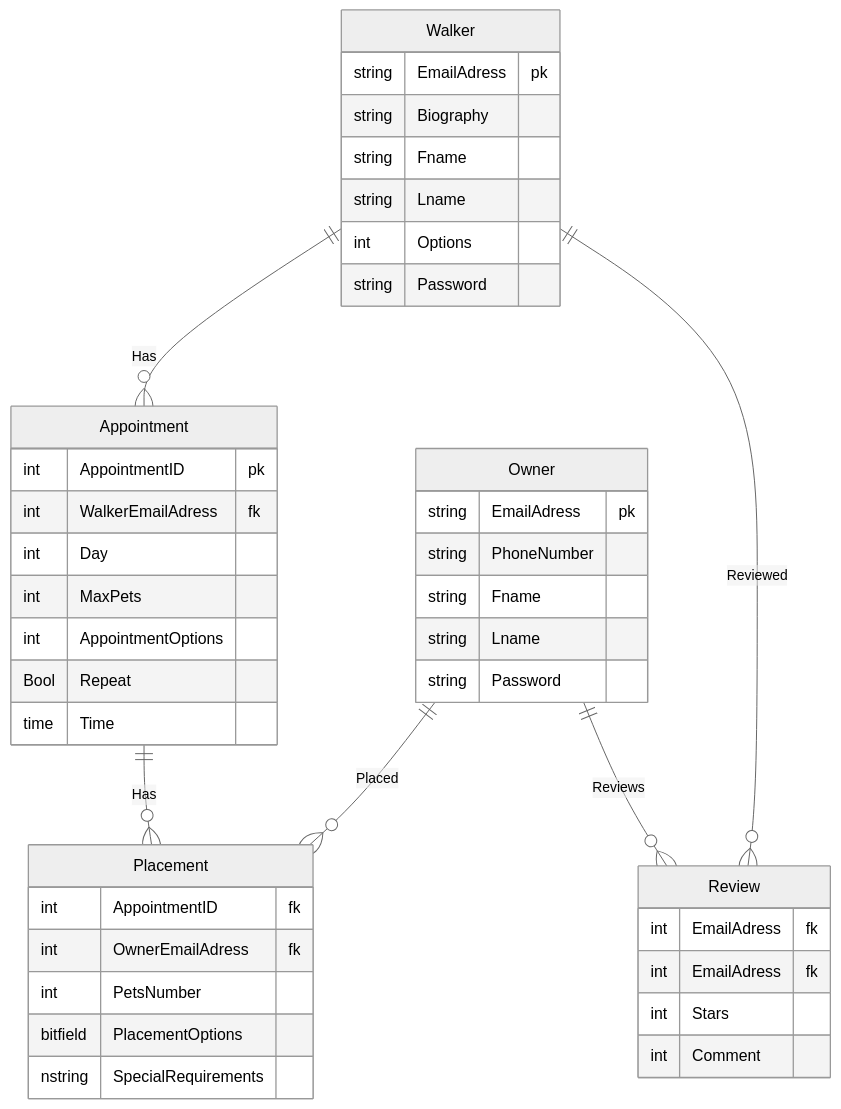
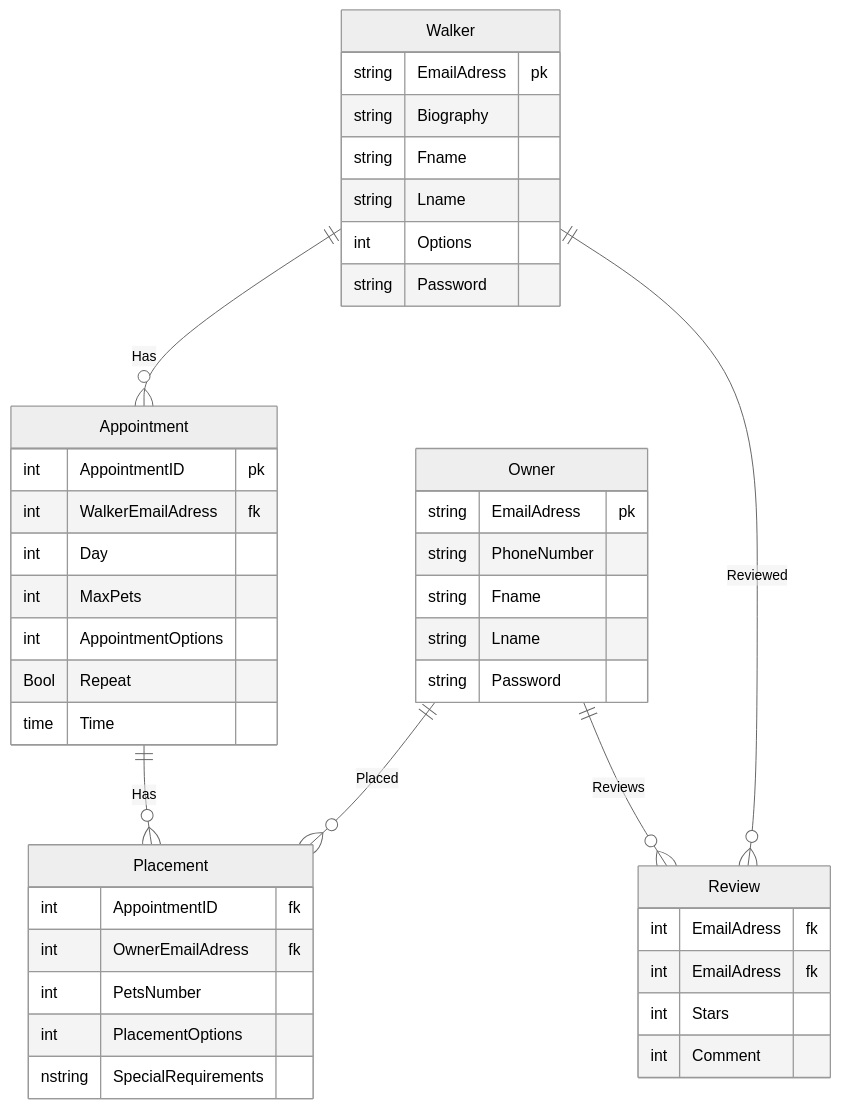
The diagram in erd.md (penguinjuice311/coursework), drawn with Mermaid (neutral theme) before and after one commit.

````diff
--- a/erd.md
+++ b/erd.md
@@ -1,47 +1,47 @@
 ```mermaid
 erDiagram
 
 Walker ||--o{Appointment: Has
 Appointment ||--o{Placement: Has
 Owner ||--o{Placement: Placed
 Walker ||--o{Review: Reviewed
 Owner ||--o{Review: Reviews
 
 Walker {
   string EmailAdress pk
   string Biography 
   string Fname
   string Lname
   int Options
   string Password }
 
 Owner {
   string EmailAdress pk
   string PhoneNumber 
   string Fname
   string Lname
   string Password }
 
 Appointment {
   int AppointmentID pk
   int WalkerEmailAdress fk
   int Day 
   int MaxPets
   int AppointmentOptions
   Bool Repeat
   time Time }
 
 Placement {
   int AppointmentID fk
   int OwnerEmailAdress fk
   int PetsNumber
-  bitfield PlacementOptions
+  int PlacementOptions
   nstring SpecialRequirements }
 
 Review {
   int EmailAdress fk
   int EmailAdress fk
   int Stars
   int Comment }
 
 ```
````
